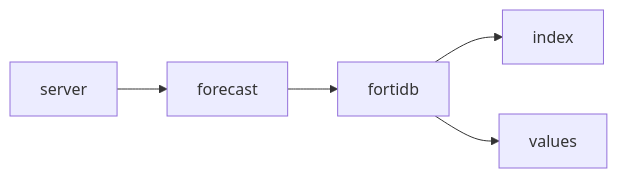
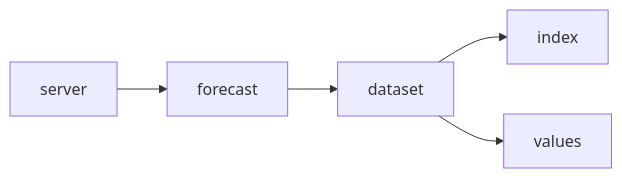
The diagram in rawdataforecaster/README.md (metno/forti), drawn with Mermaid before and after one commit. The commit also changed other lines of this file and 25 other files, not shown here.

Commit message:
rename fortidb -> dataset

````diff
--- a/rawdataforecaster/README.md
+++ b/rawdataforecaster/README.md
@@ -7,7 +7,7 @@
 ```mermaid
 graph LR;
 server --> forecast;
-forecast --> fortidb;
-fortidb --> index;
-fortidb --> values;
+forecast --> dataset;
+dataset --> index;
+dataset --> values;
 ```
````
